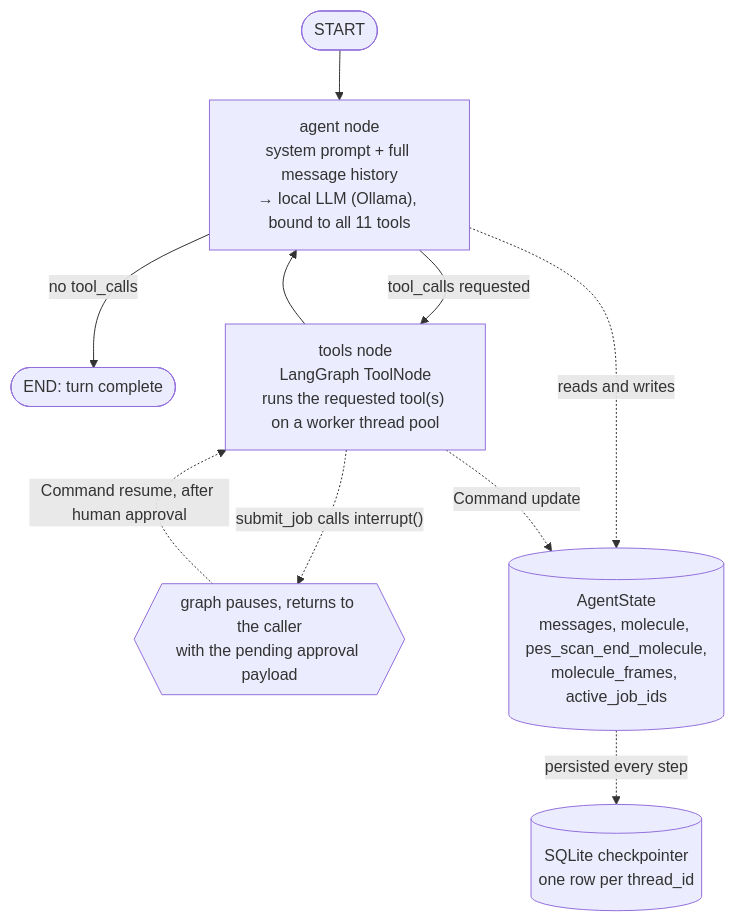
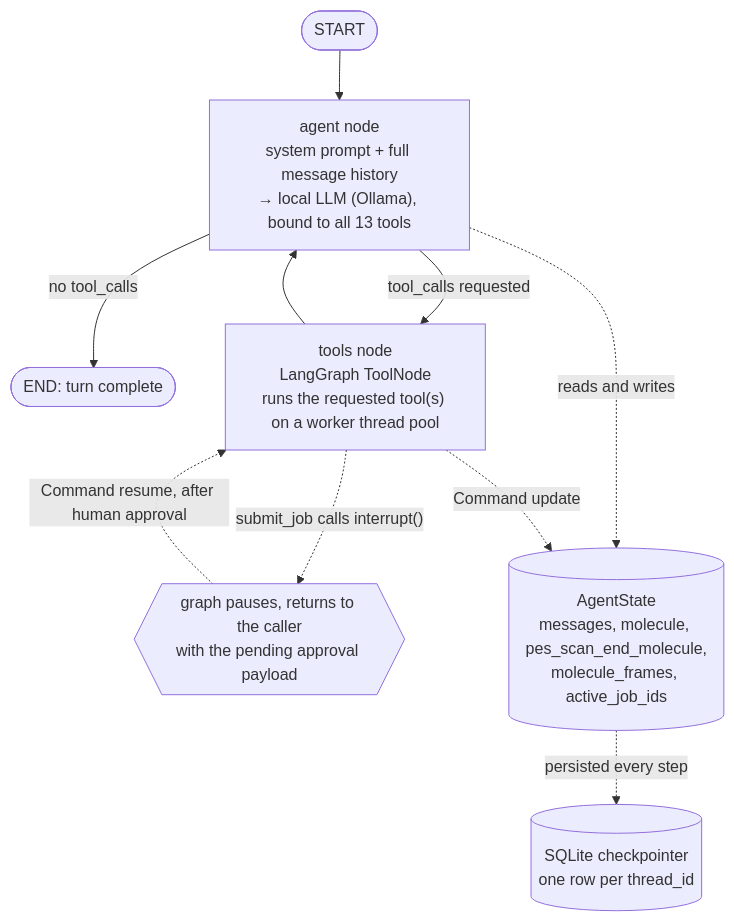
One commit to dakshitha-a/NexusQC changed the second of 2 diagrams in README.md. Above: the diagram before and after it, drawn with Mermaid. The commit also changed other lines of this file and 5 other files, not shown here.

````diff
--- a/README.md
+++ b/README.md
@@ -184,17 +186,17 @@
 ```mermaid
 flowchart TD
     Start(["START"]) --> Agent
-    Agent["agent node\nsystem prompt + full message history\n→ local LLM (Ollama), bound to all 11 tools"]
+    Agent["agent node\nsystem prompt + full message history\n→ local LLM (Ollama), bound to all 13 tools"]
     Agent -->|no tool_calls| Done(["END: turn complete"])
     Agent -->|tool_calls requested| Tools
     Tools["tools node\nLangGraph ToolNode\nruns the requested tool(s) on a worker thread pool"]
     Tools --> Agent
     Tools -.submit_job calls interrupt().-> Paused{{"graph pauses, returns to the caller\nwith the pending approval payload"}}
     Paused -.Command resume, after human approval.-> Tools
 
     State[("AgentState\nmessages, molecule, pes_scan_end_molecule,\nmolecule_frames, active_job_ids")]
     Agent -.reads and writes.-> State
     Tools -.Command update.-> State
     Checkpoint[("SQLite checkpointer\none row per thread_id")]
     State -.persisted every step.-> Checkpoint
 ```
````
